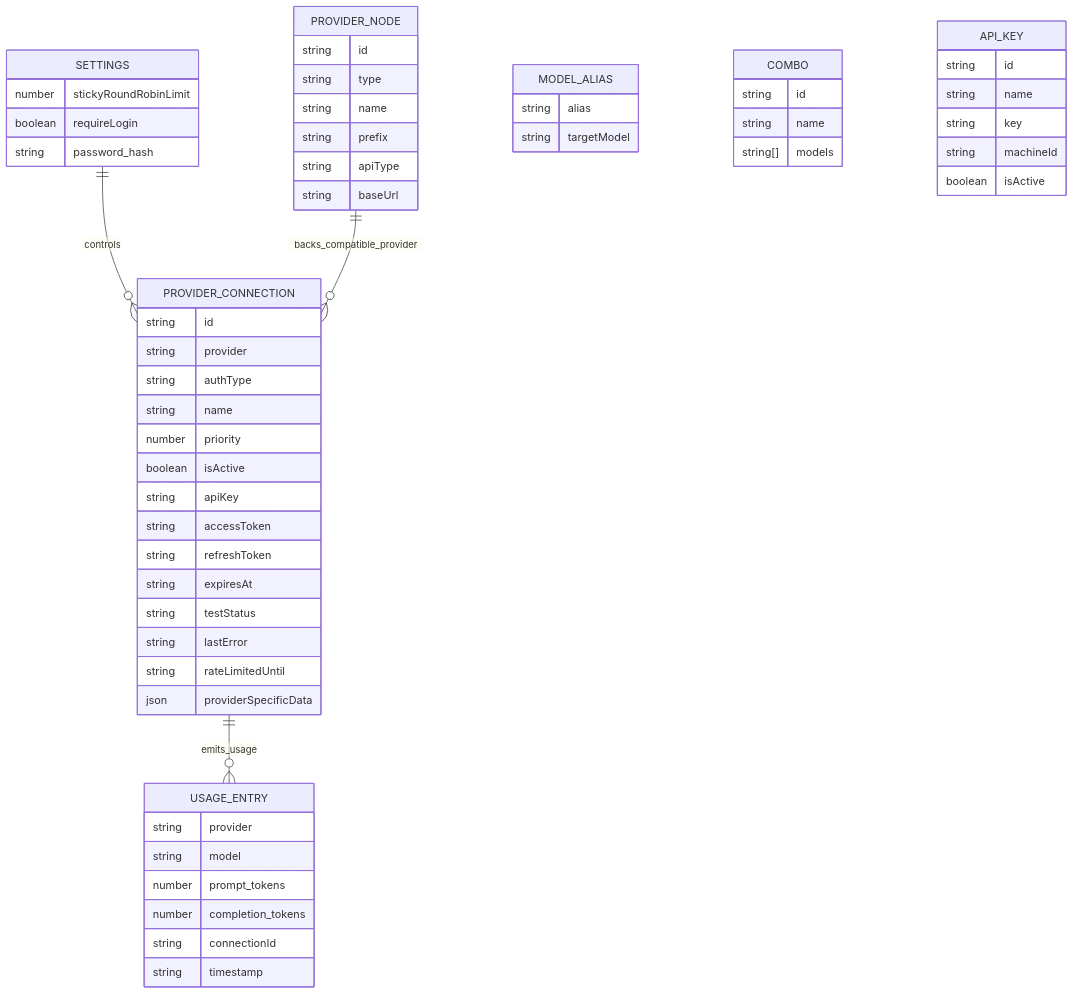
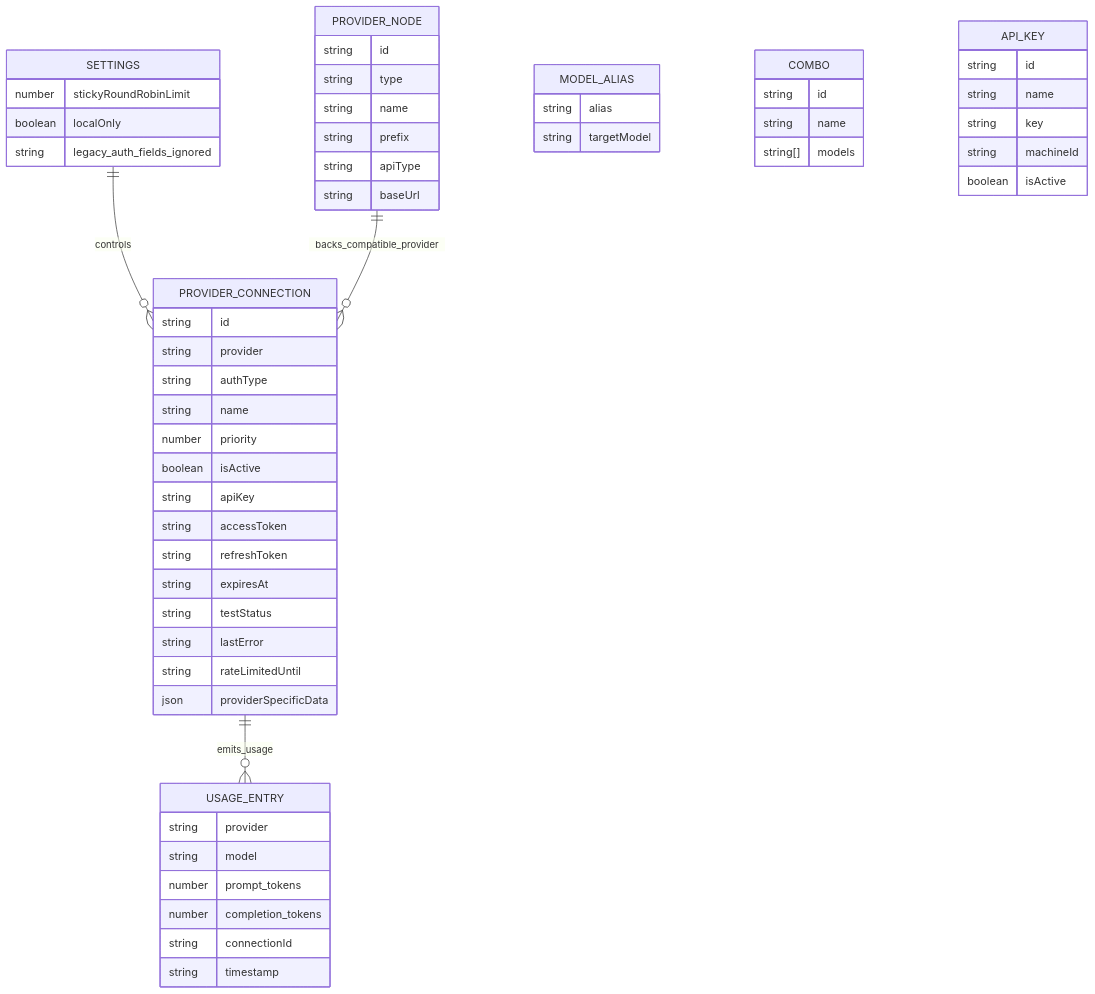
The fifth of 6 diagrams in docs/ARCHITECTURE.md (ManhND226677/switch-router), drawn with Mermaid before and after one commit. The commit also changed other lines of this file and 16 other files, not shown here.

Commit message:
feat(auth): make dashboard local-only

````diff
--- a/docs/ARCHITECTURE.md
+++ b/docs/ARCHITECTURE.md
@@ -271,66 +271,66 @@
 ```mermaid
 erDiagram
     SETTINGS ||--o{ PROVIDER_CONNECTION : controls
     PROVIDER_NODE ||--o{ PROVIDER_CONNECTION : backs_compatible_provider
     PROVIDER_CONNECTION ||--o{ USAGE_ENTRY : emits_usage
 
     SETTINGS {
       number stickyRoundRobinLimit
-      boolean requireLogin
-      string password_hash
+      boolean localOnly
+      string legacy_auth_fields_ignored
     }
 
     PROVIDER_CONNECTION {
       string id
       string provider
       string authType
       string name
       number priority
       boolean isActive
       string apiKey
       string accessToken
       string refreshToken
       string expiresAt
       string testStatus
       string lastError
       string rateLimitedUntil
       json providerSpecificData
     }
 
     PROVIDER_NODE {
       string id
       string type
       string name
       string prefix
       string apiType
       string baseUrl
     }
 
     MODEL_ALIAS {
       string alias
       string targetModel
     }
 
     COMBO {
       string id
       string name
       string[] models
     }
 
     API_KEY {
       string id
       string name
       string key
       string machineId
       boolean isActive
     }
 
     USAGE_ENTRY {
       string provider
       string model
       number prompt_tokens
       number completion_tokens
       string connectionId
       string timestamp
     }
 ```
````
